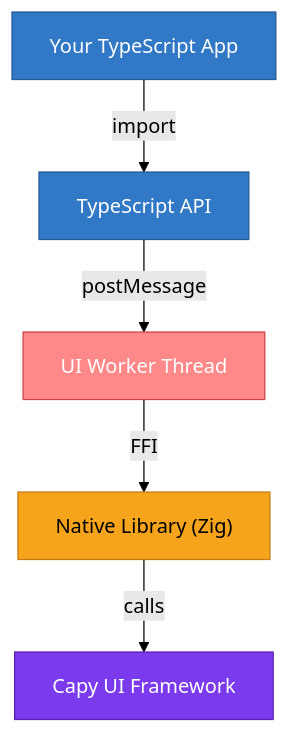
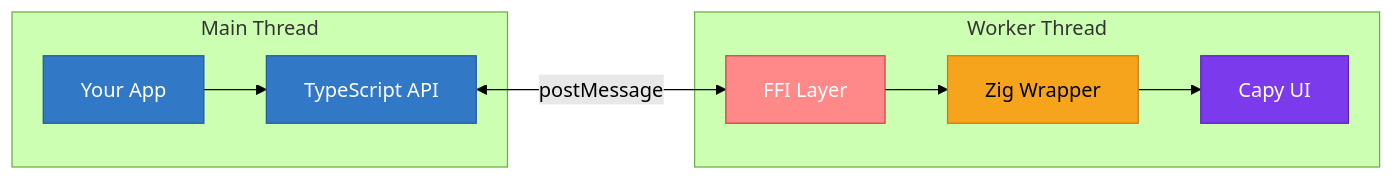
Before and after one commit to AugusDogus/capy-bun: the diagram in README.md, drawn with Mermaid (forest theme).

Commit message:
docs: unify architecture diagrams across READMEs
- Use horizontal layout with subgraphs in root README to match TypeScript package
- Show clear separation between Main Thread and Worker Thread
- Add bidirectional arrow to illustrate postMessage communication

````diff
--- a/README.md
+++ b/README.md
@@ -48,19 +48,24 @@
 ```mermaid
-flowchart TD
-    A["Your TypeScript App"]:::app
-    B["TypeScript API"]:::ts
-    C["UI Worker Thread"]:::worker
-    D["Native Library (Zig)"]:::native
-    E["Capy UI Framework"]:::capy
+flowchart LR
+    subgraph main["Main Thread"]
+        A["Your App"]:::app
+        B["TypeScript API"]:::ts
+    end
     
-    A -->|"import"| B
-    B -->|"postMessage"| C
-    C -->|"FFI"| D
-    D -->|"calls"| E
+    subgraph worker["Worker Thread"]
+        C["FFI Layer"]:::ffi
+        D["Zig Wrapper"]:::zig
+        E["Capy UI"]:::capy
+    end
+    
+    A --> B
+    B <-->|"postMessage"| C
+    C --> D
+    D --> E
     
     classDef app fill:#3178c6,stroke:#235a97,color:#fff
     classDef ts fill:#3178c6,stroke:#235a97,color:#fff
-    classDef worker fill:#f88,stroke:#c44,color:#fff
-    classDef native fill:#f7a41d,stroke:#c47d15,color:#000
+    classDef ffi fill:#f88,stroke:#c44,color:#fff
+    classDef zig fill:#f7a41d,stroke:#c47d15,color:#000
     classDef capy fill:#7c3aed,stroke:#5b21b6,color:#fff
 ```
````
